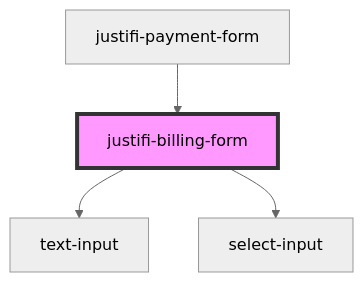
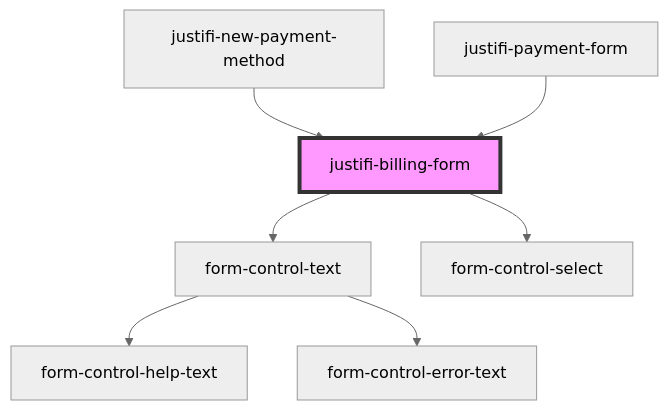
The diagram in packages/webcomponents/src/components/billing-form/readme.md (justifi-tech/web-component-library), drawn with Mermaid (neutral theme) before and after one commit. The commit also changed other lines of this file and 32 other files, not shown here.

````diff
--- a/packages/webcomponents/src/components/billing-form/readme.md
+++ b/packages/webcomponents/src/components/billing-form/readme.md
@@ -66,7 +67,10 @@
 ```mermaid
 graph TD;
-  justifi-billing-form --> text-input
-  justifi-billing-form --> select-input
+  justifi-billing-form --> form-control-text
+  justifi-billing-form --> form-control-select
+  form-control-text --> form-control-help-text
+  form-control-text --> form-control-error-text
+  justifi-new-payment-method --> justifi-billing-form
   justifi-payment-form --> justifi-billing-form
   style justifi-billing-form fill:#f9f,stroke:#333,stroke-width:4px
 ```
````
